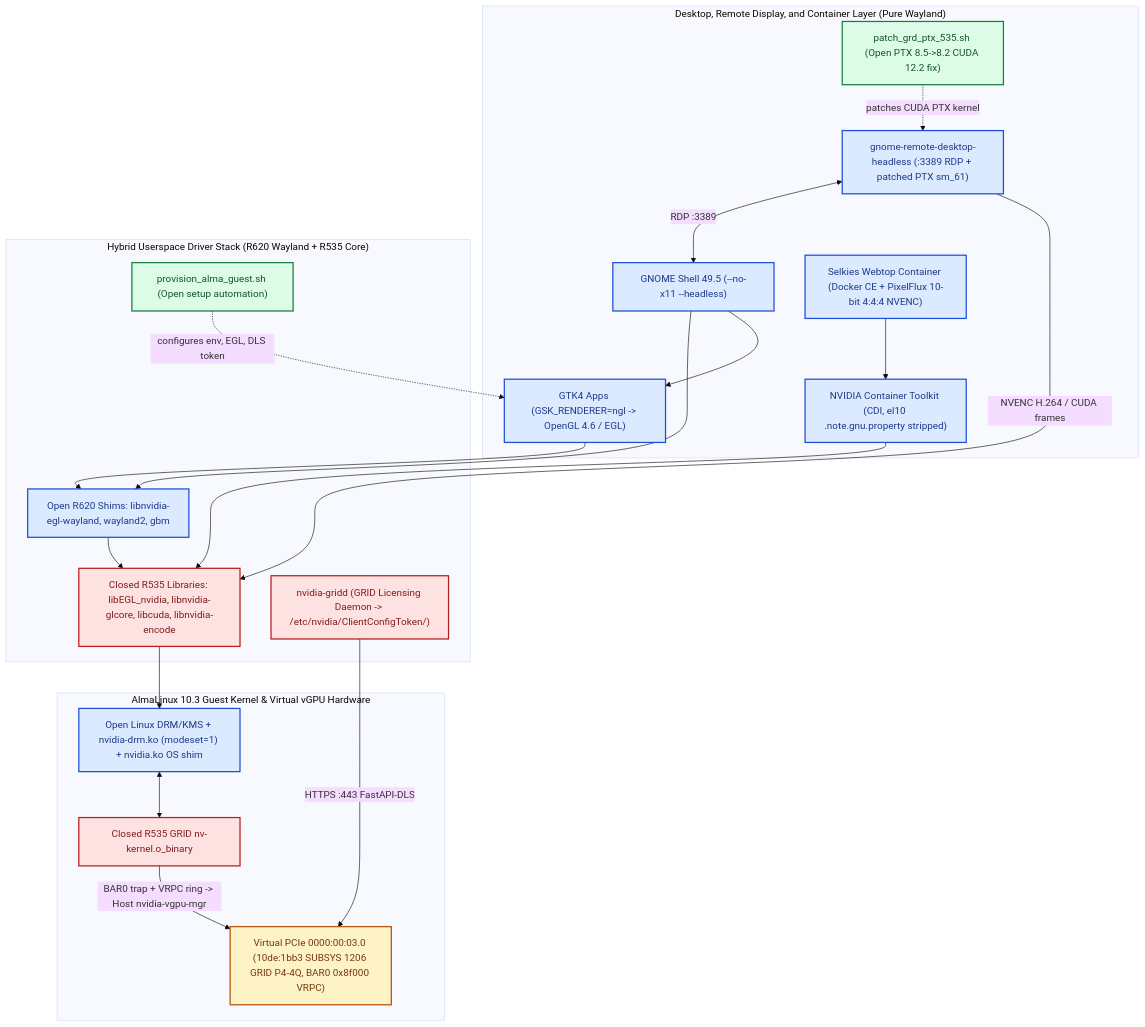
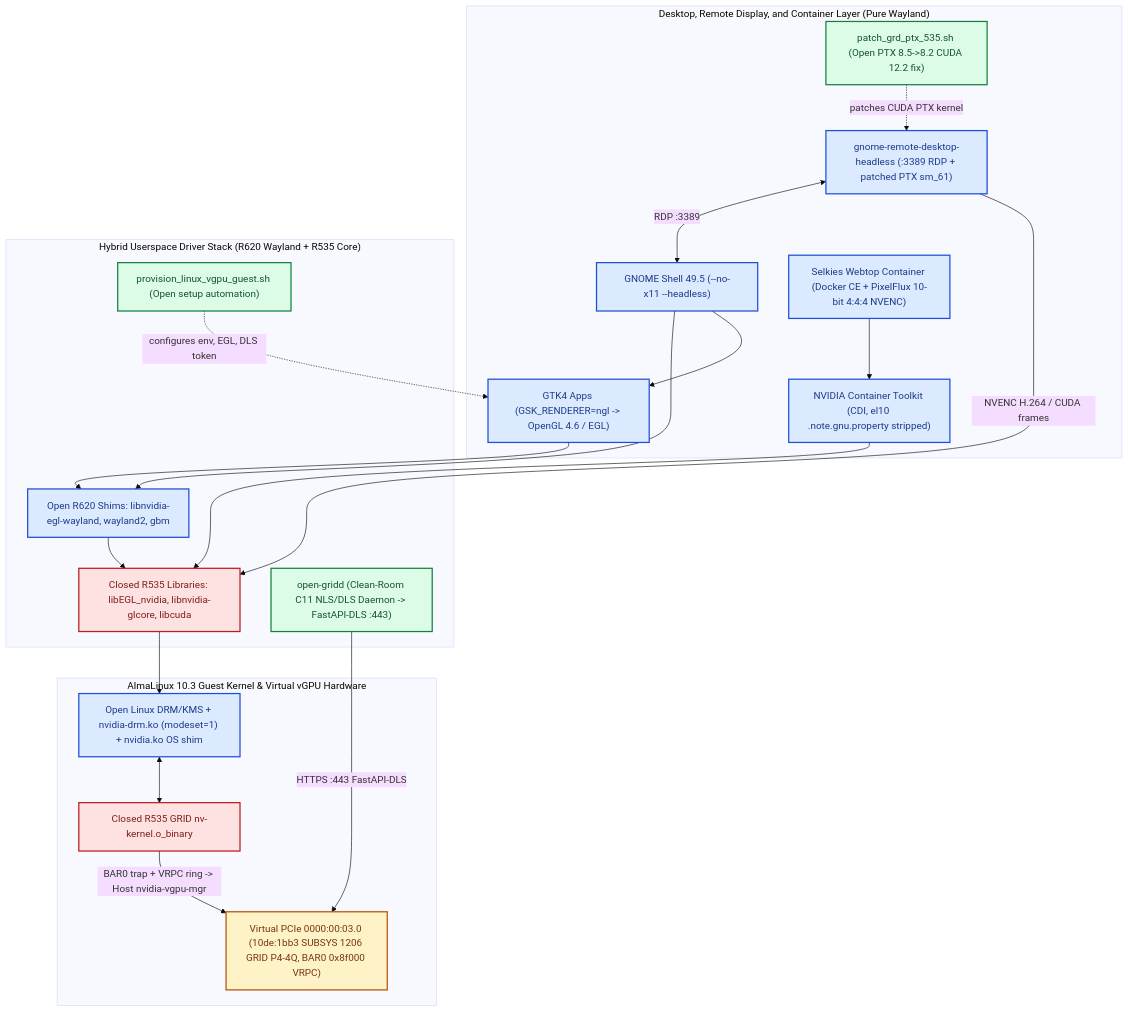
One commit to SanjayRavindran/open-vgpu-tesla-p4 changed the second of 4 diagrams in docs/09-OPEN-VS-CLOSED-ARCHITECTURE-DIAGRAMS.md. Above: the diagram before and after it, drawn with Mermaid (base theme). The commit also changed other lines of this file and 60 other files, not shown here.

Commit message:
feat(open-gridd): integrate clean-room C11 NLS/DLS daemon, verify live on vm-alma, and expand CI

````diff
--- a/docs/09-OPEN-VS-CLOSED-ARCHITECTURE-DIAGRAMS.md
+++ b/docs/09-OPEN-VS-CLOSED-ARCHITECTURE-DIAGRAMS.md
@@ -87,44 +87,44 @@
 ```mermaid
 flowchart TB
     classDef ours fill:#dcfce7,stroke:#15803d,stroke-width:2px,color:#14532d
     classDef oss fill:#dbeafe,stroke:#1d4ed8,stroke-width:2px,color:#1e3a8a
     classDef closed fill:#fee2e2,stroke:#b91c1c,stroke-width:2px,color:#7f1d1d
     classDef vhw fill:#fef3c7,stroke:#b45309,stroke-width:2px,color:#78350f
 
     subgraph AL_APP["Desktop, Remote Display, and Container Layer (Pure Wayland)"]
         GNOME["GNOME Shell 49.5 (--no-x11 --headless)"]:::oss
         GTK4["GTK4 Apps (GSK_RENDERER=ngl -> OpenGL 4.6 / EGL)"]:::oss
         GRD["gnome-remote-desktop-headless (:3389 RDP + patched PTX sm_61)"]:::oss
         PTX_PATCH["patch_grd_ptx_535.sh (Open PTX 8.5->8.2 CUDA 12.2 fix)"]:::ours
         SELKIES["Selkies Webtop Container (Docker CE + PixelFlux 10-bit 4:4:4 NVENC)"]:::oss
         CDI["NVIDIA Container Toolkit (CDI, el10 .note.gnu.property stripped)"]:::oss
     end
 
     subgraph AL_USR["Hybrid Userspace Driver Stack (R620 Wayland + R535 Core)"]
         EGL_WL["Open R620 Shims: libnvidia-egl-wayland, wayland2, gbm"]:::oss
-        NV_GL["Closed R535 Libraries: libEGL_nvidia, libnvidia-glcore, libcuda, libnvidia-encode"]:::closed
-        GRIDD["nvidia-gridd (GRID Licensing Daemon -> /etc/nvidia/ClientConfigToken/)"]:::closed
-        AL_PROV["provision_alma_guest.sh (Open setup automation)"]:::ours
+        NV_GL["Closed R535 Libraries: libEGL_nvidia, libnvidia-glcore, libcuda"]:::closed
+        GRIDD["open-gridd (Clean-Room C11 NLS/DLS Daemon -> FastAPI-DLS :443)"]:::ours
+        AL_PROV["provision_linux_vgpu_guest.sh (Open setup automation)"]:::ours
     end
 
     subgraph AL_KRN["AlmaLinux 10.3 Guest Kernel & Virtual vGPU Hardware"]
         DRM["Open Linux DRM/KMS + nvidia-drm.ko (modeset=1) + nvidia.ko OS shim"]:::oss
         G_CORE["Closed R535 GRID nv-kernel.o_binary"]:::closed
         VDEV["Virtual PCIe 0000:00:03.0 (10de:1bb3 SUBSYS 1206 GRID P4-4Q, BAR0 0x8f000 VRPC)"]:::vhw
     end
 
     PTX_PATCH -. "patches CUDA PTX kernel" .-> GRD
     AL_PROV -. "configures env, EGL, DLS token" .-> GTK4
     GNOME --> GTK4
     GNOME --> EGL_WL
     GRD -- "NVENC H.264 / CUDA frames" --> NV_GL
     GRD <-- "RDP :3389" --> GNOME
     SELKIES --> CDI
     CDI --> NV_GL
     GTK4 --> EGL_WL
     EGL_WL --> NV_GL
     NV_GL --> DRM
     GRIDD -- "HTTPS :443 FastAPI-DLS" --> VDEV
     DRM <--> G_CORE
     G_CORE -- "BAR0 trap + VRPC ring -> Host nvidia-vgpu-mgr" --> VDEV
 ```
````
